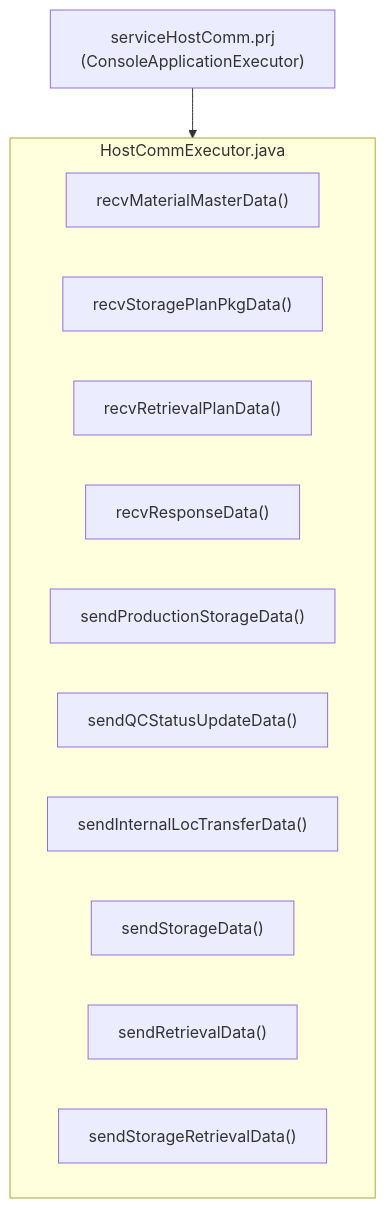
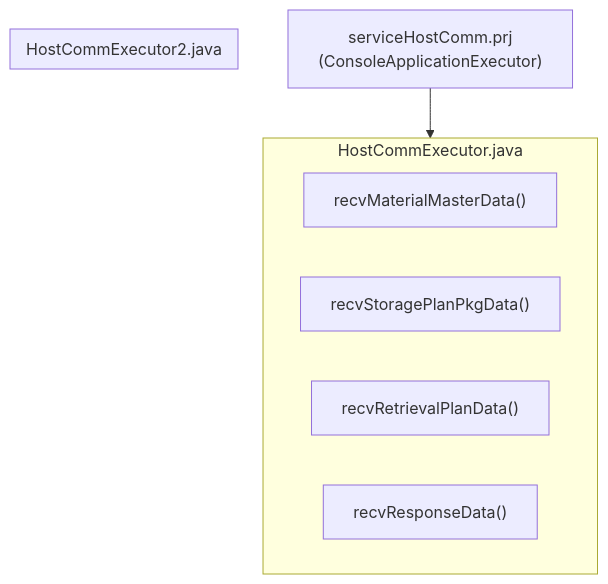
The first of 2 diagrams in Basic-Design/Host-Interfaces.md (luthfiadityaa/SimeDarby-Wiki), drawn with Mermaid before and after one commit.

Commit message:
Updated Host Interfaces

```diff
--- a/Basic-Design/Host-Interfaces.md
+++ b/Basic-Design/Host-Interfaces.md
@@ -30,18 +30,19 @@
 ::: mermaid
 flowchart TD
  C1["serviceHostComm.prj<br>(ConsoleApplicationExecutor)"]           
  C1 --> HostCommExecutor.java
 
 subgraph HostCommExecutor.java
  C2["recvMaterialMasterData()"]
  C3["recvStoragePlanPkgData()"]
  C4["recvRetrievalPlanData()"]
  C5["recvResponseData()"]
- C6["sendProductionStorageData()"]
- C7["sendQCStatusUpdateData()"]
- C8["sendInternalLocTransferData()"]
- C9["sendStorageData()"]
- C10["sendRetrievalData()"]
- C11["sendStorageRetrievalData()"]
+end
+
+subgraph HostCommExecutor2.java
+ C2["recvMaterialMasterData()"]
+ C3["recvStoragePlanPkgData()"]
+ C4["recvRetrievalPlanData()"]
+ C5["recvResponseData()"]
 end
 :::
```
